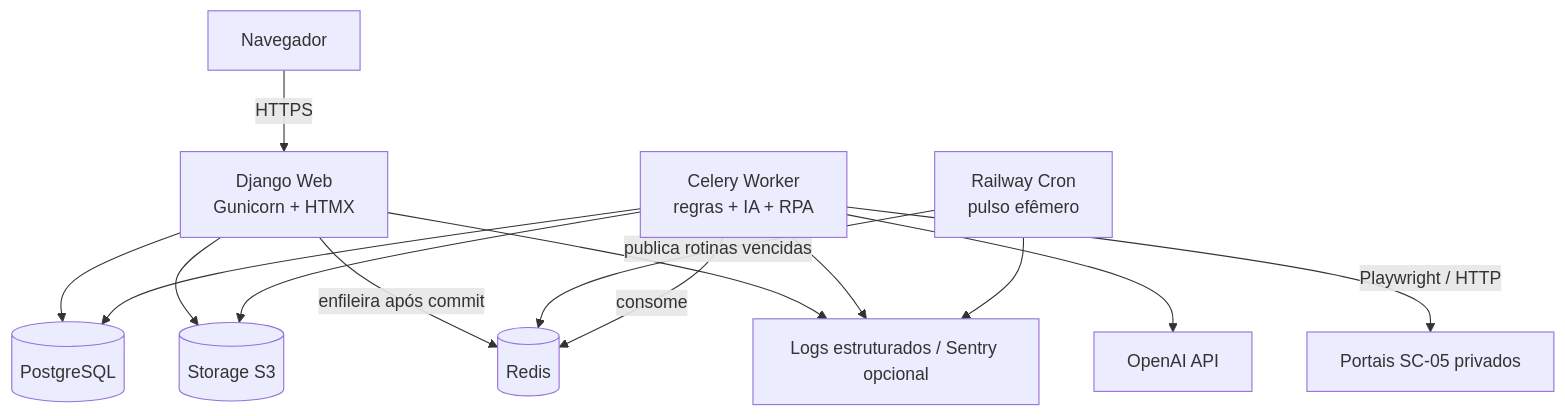
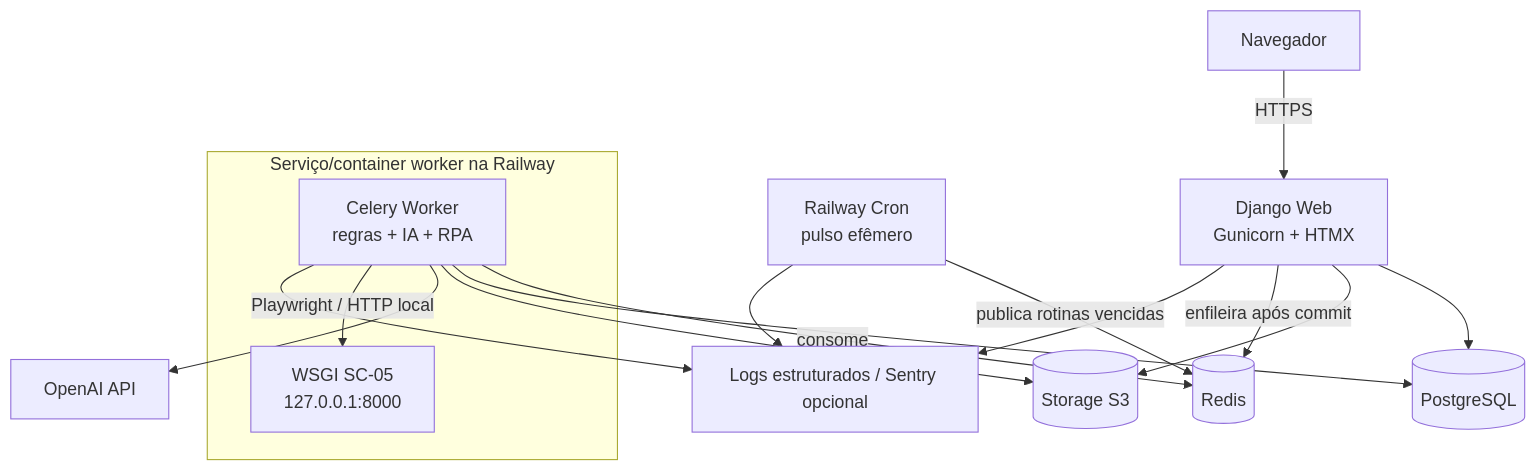
One commit to Guilherme-Justo/SheepContabil changed the second of 2 diagrams in docs/architecture.md. Above: the diagram before and after it, drawn with Mermaid. The commit also changed other lines of this file and 14 other files, not shown here.

Commit message:
fix: colocate SC-05 simulator with worker

````diff
--- a/docs/architecture.md
+++ b/docs/architecture.md
@@ -52,27 +52,29 @@
 ```mermaid
 flowchart TB
     Browser[Navegador]
     Web[Django Web\nGunicorn + HTMX]
     DB[(PostgreSQL)]
     Redis[(Redis)]
-    Worker[Celery Worker\nregras + IA + RPA]
+    subgraph WorkerService[Serviço/container worker na Railway]
+        Worker[Celery Worker\nregras + IA + RPA]
+        Simulator[WSGI SC-05\n127.0.0.1:8000]
+    end
     Cron[Railway Cron\npulso efêmero]
     Bucket[(Storage S3)]
-    Simulator[Portais SC-05 privados]
     OpenAI[OpenAI API]
     Logs[Logs estruturados / Sentry opcional]
 
     Browser -->|HTTPS| Web
     Web --> DB
     Web --> Bucket
     Web -->|enfileira após commit| Redis
     Cron -->|publica rotinas vencidas| Redis
     Worker -->|consome| Redis
     Worker --> DB
     Worker --> Bucket
     Worker --> OpenAI
-    Worker -->|Playwright / HTTP| Simulator
+    Worker -->|Playwright / HTTP local| Simulator
     Web --> Logs
     Worker --> Logs
     Cron --> Logs
 ```
````
